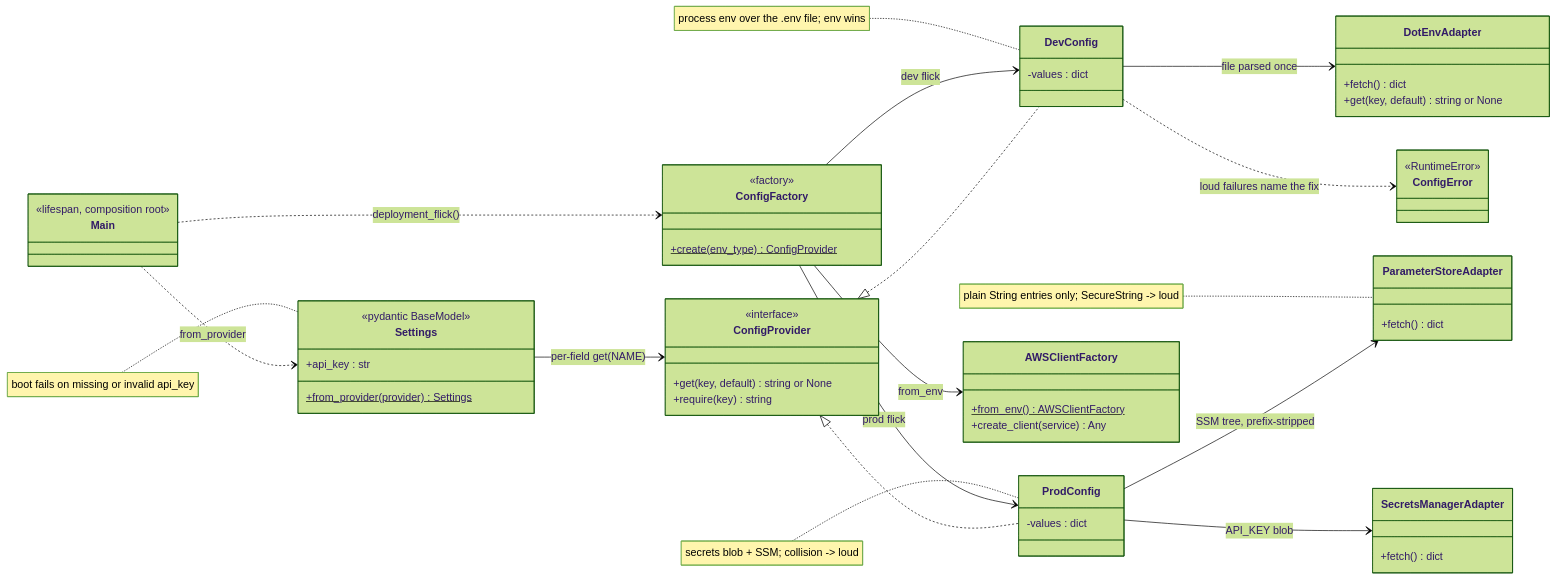
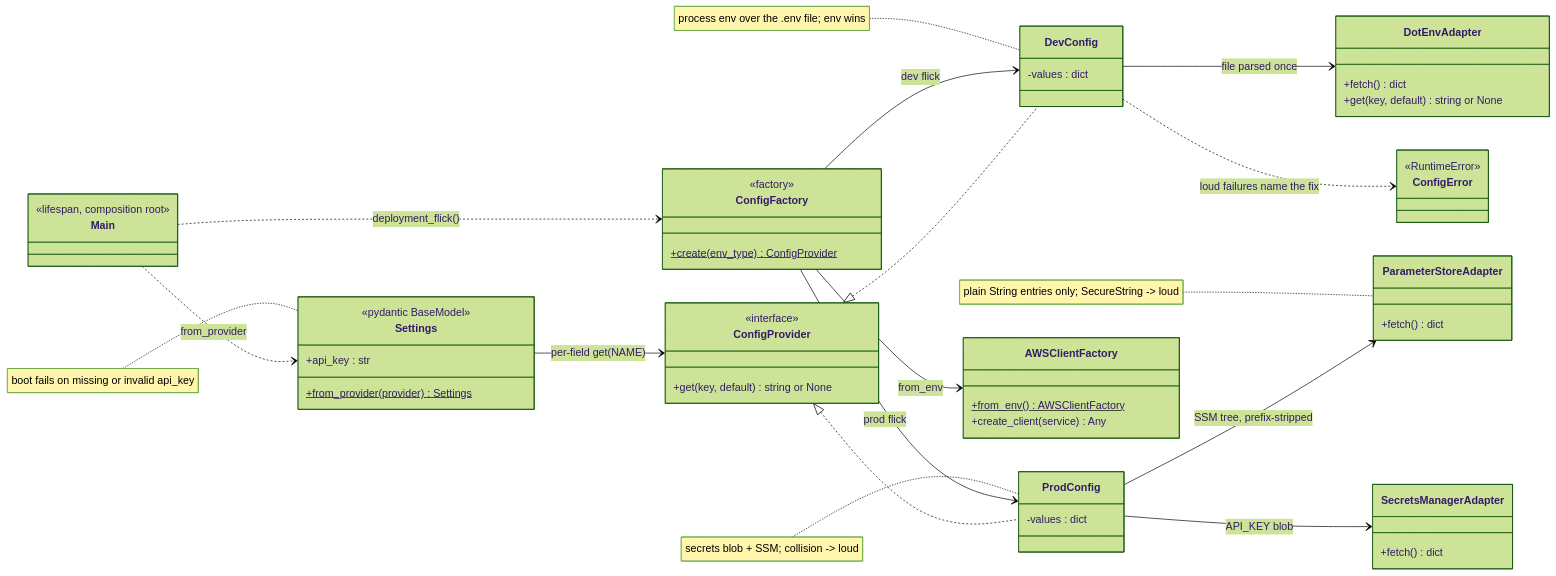
The first of 2 diagrams in services/document-parser/specification/references/config.md (kunalPisolkar24/detectAI), drawn with Mermaid (forest theme) before and after one commit. The commit also changed 3 other files, not shown here.

````diff
--- a/services/document-parser/specification/references/config.md
+++ b/services/document-parser/specification/references/config.md
@@ -38,74 +38,73 @@
 ```mermaid
 classDiagram
     direction LR
 
     class Main {
         <<lifespan, composition root>>
     }
 
     class ConfigFactory {
         <<factory>>
         +create(env_type)$ ConfigProvider
     }
 
     class ConfigProvider {
         <<interface>>
         +get(key, default) string or None
-        +require(key) string
     }
 
     class DevConfig {
         -values : dict
     }
 
     class ProdConfig {
         -values : dict
     }
 
     class DotEnvAdapter {
         +fetch() dict
         +get(key, default) string or None
     }
 
     class ParameterStoreAdapter {
         +fetch() dict
     }
 
     class SecretsManagerAdapter {
         +fetch() dict
     }
 
     class AWSClientFactory {
         +from_env()$ AWSClientFactory
         +create_client(service) Any
     }
 
     class Settings {
         <<pydantic BaseModel>>
         +api_key : str
         +from_provider(provider)$ Settings
     }
 
     class ConfigError {
         <<RuntimeError>>
     }
 
     note for DevConfig "process env over the .env file; env wins"
     note for ProdConfig "secrets blob + SSM; collision -> loud"
     note for ParameterStoreAdapter "plain String entries only; SecureString -> loud"
     note for Settings "boot fails on missing or invalid api_key"
 
     Main ..> ConfigFactory : deployment_flick()
     ConfigFactory --> DevConfig : dev flick
     ConfigFactory --> ProdConfig : prod flick
     ConfigFactory --> AWSClientFactory : from_env
 
     ConfigProvider <|.. DevConfig
     ConfigProvider <|.. ProdConfig
     DevConfig --> DotEnvAdapter : file parsed once
     ProdConfig --> ParameterStoreAdapter : SSM tree, prefix-stripped
     ProdConfig --> SecretsManagerAdapter : API_KEY blob
     Main ..> Settings : from_provider
     Settings --> ConfigProvider : per-field get(NAME)
     DevConfig ..> ConfigError : loud failures name the fix
 ```
````
